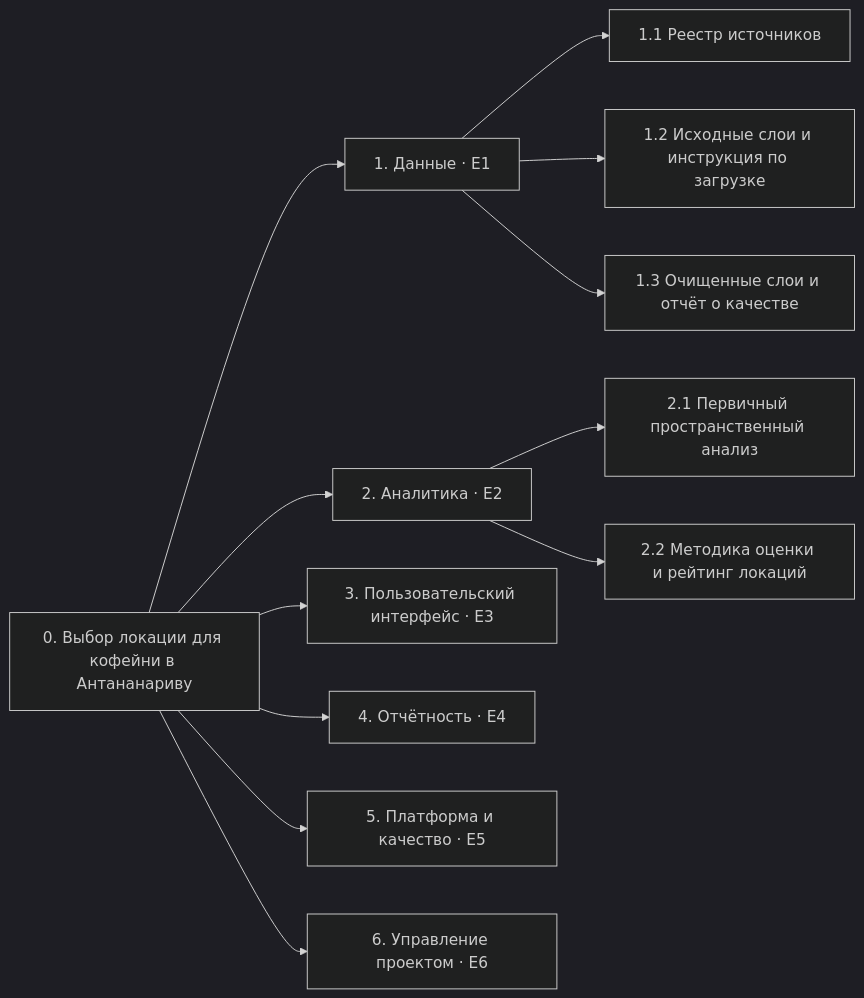
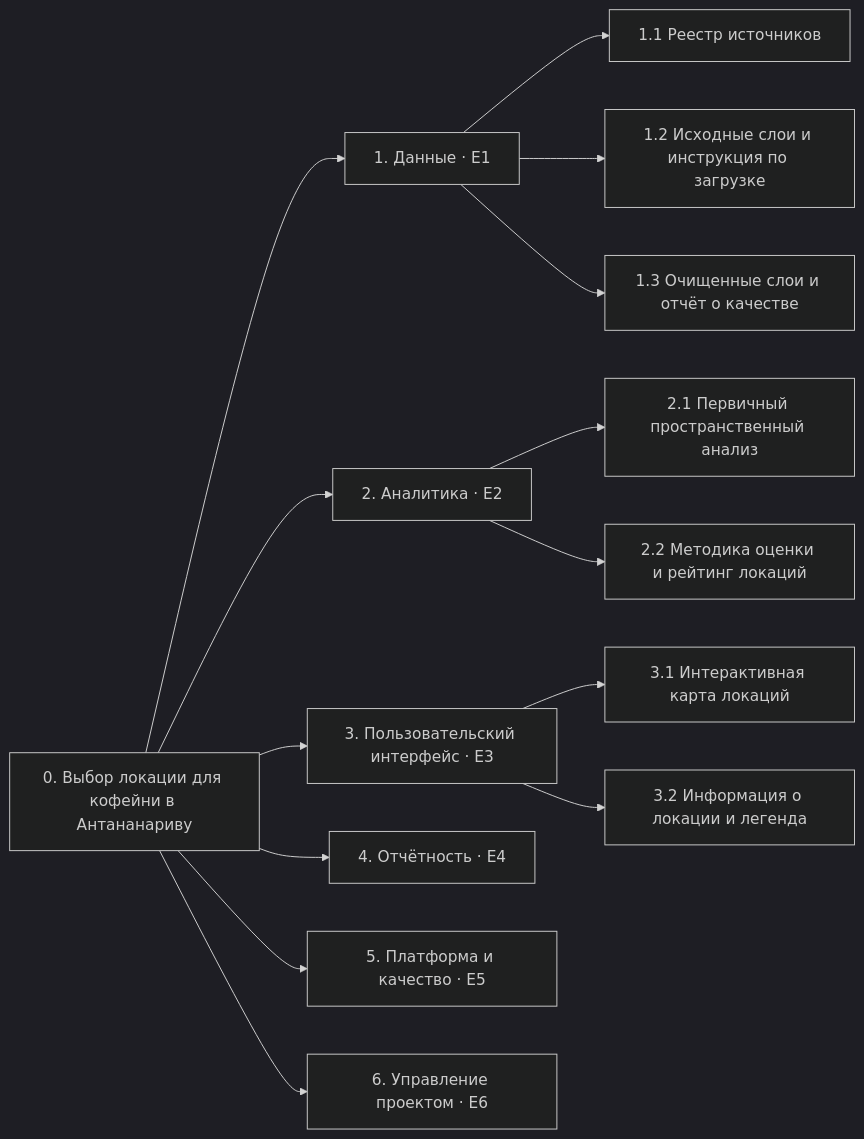
The diagram in docs/wbs.md (DedNadif/pm-lab-01-geomarket), drawn with Mermaid (dark theme) before and after one commit. The commit also changed other lines of this file, not shown here.

Commit message:
docs: add E3 interface packages to WBS (#31)

````diff
--- a/docs/wbs.md
+++ b/docs/wbs.md
@@ -5,16 +5,18 @@
 ```mermaid
 flowchart LR
     P["0. Выбор локации для кофейни в Антананариву"]
     P --> D["1. Данные · E1"]
     P --> A["2. Аналитика · E2"]
     P --> U["3. Пользовательский интерфейс · E3"]
     P --> R["4. Отчётность · E4"]
     P --> Q["5. Платформа и качество · E5"]
     P --> M["6. Управление проектом · E6"]
 
     D --> D1["1.1 Реестр источников"]
     D --> D2["1.2 Исходные слои и инструкция по загрузке"]
     D --> D3["1.3 Очищенные слои и отчёт о качестве"]
     A --> A1["2.1 Первичный пространственный анализ"]
     A --> A2["2.2 Методика оценки и рейтинг локаций"]
+    U --> U1["3.1 Интерактивная карта локаций"]
+    U --> U2["3.2 Информация о локации и легенда"]
 ```
````
